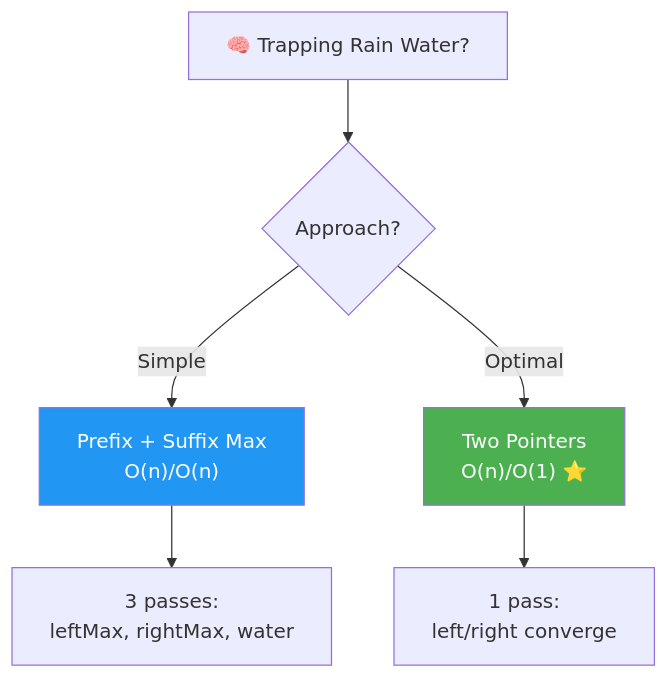
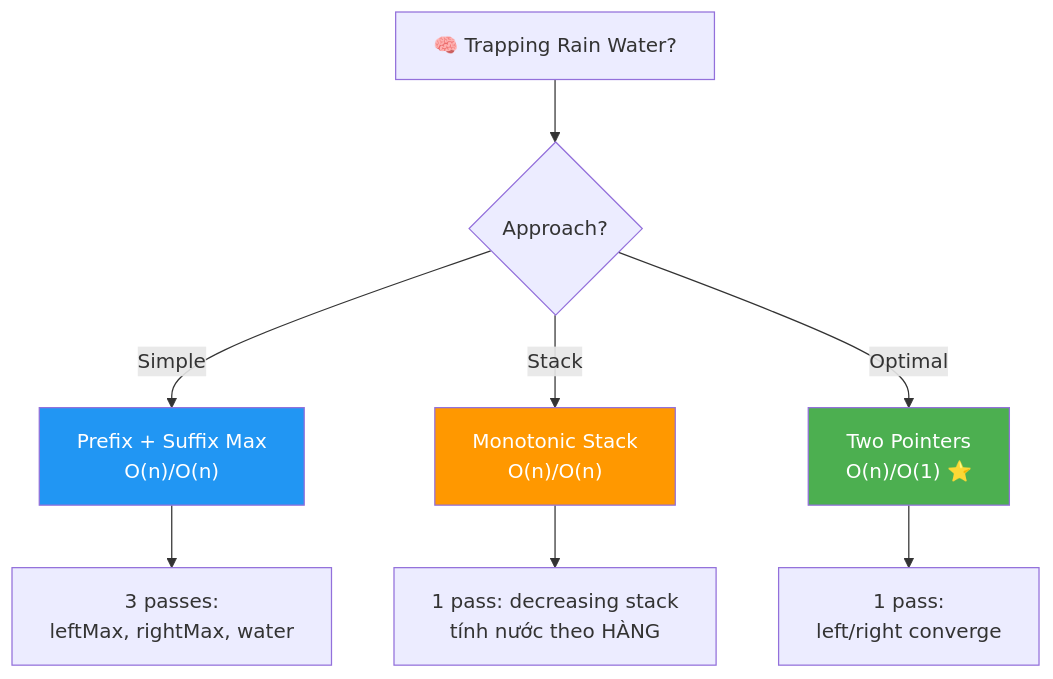
Before and after one commit to delta94e/MD-front-end: the fourth of 10 diagrams in algo-pratice/array/hard/Trapping Rain Water.md, drawn with Mermaid. The commit also changed other lines of this file and 46 other files, not shown here.

````diff
--- a/algo-pratice/array/hard/Trapping Rain Water.md
+++ b/algo-pratice/array/hard/Trapping Rain Water.md
@@ -244,11 +244,14 @@
 ```mermaid
 flowchart TD
     START["🧠 Trapping Rain Water?"] --> Q1{"Approach?"}
     Q1 -->|"Simple"| PFX["Prefix + Suffix Max\nO(n)/O(n)"]
+    Q1 -->|"Stack"| STK["Monotonic Stack\nO(n)/O(n)"]
     Q1 -->|"Optimal"| TP["Two Pointers\nO(n)/O(1) ⭐"]
     PFX --> P1["3 passes:\nleftMax, rightMax, water"]
+    STK --> S1["1 pass: decreasing stack\ntính nước theo HÀNG"]
     TP --> T1["1 pass:\nleft/right converge"]
 
     style TP fill:#4CAF50,color:white
     style PFX fill:#2196F3,color:white
+    style STK fill:#FF9800,color:white
 ```
````
